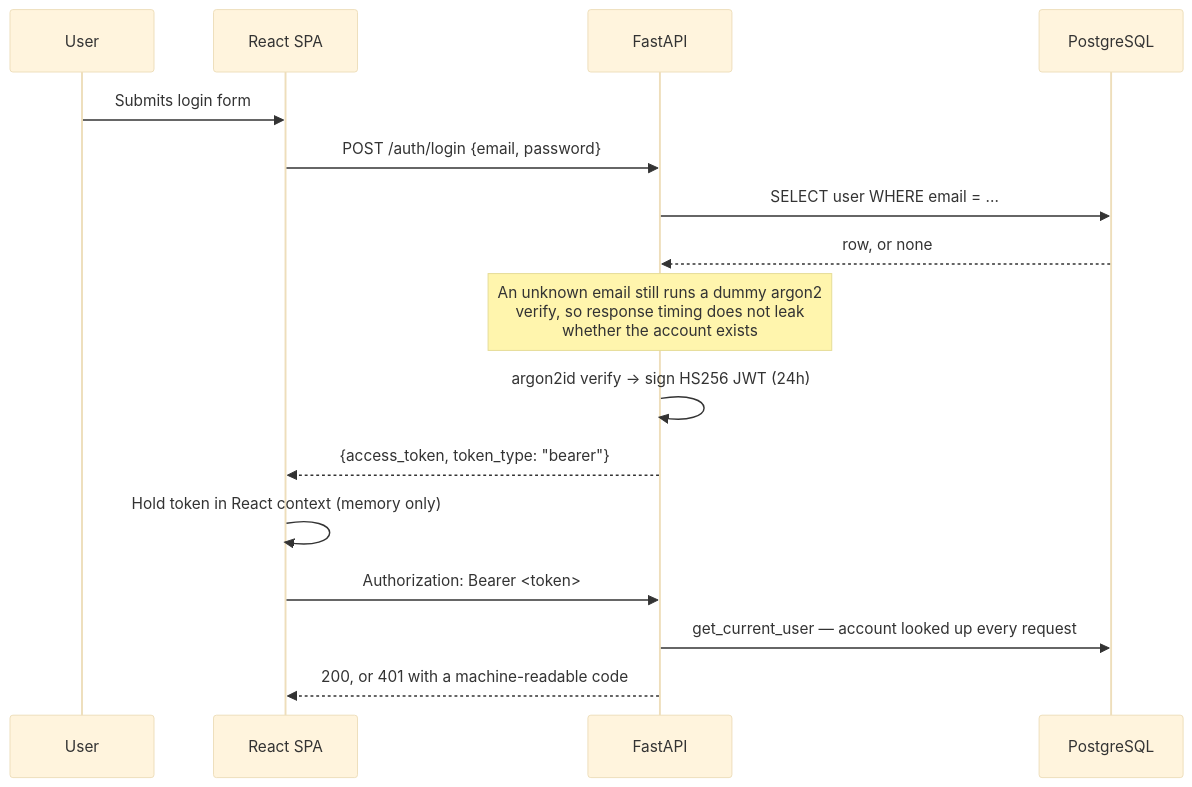
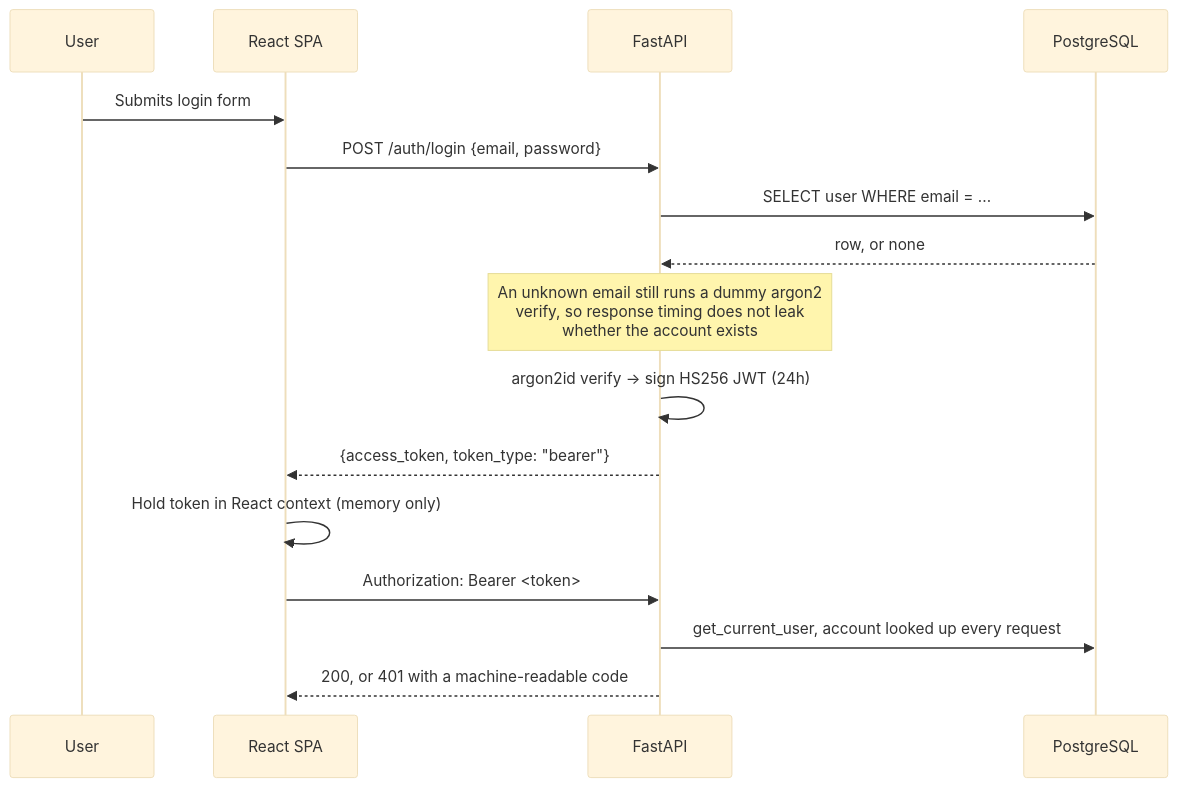
The fourth of 4 diagrams in README.md (abirislam910/DataBull), drawn with Mermaid (base theme) before and after one commit. The commit also changed other lines of this file, not shown here.

````diff
--- a/README.md
+++ b/README.md
@@ -142,20 +142,20 @@
 ```mermaid
 sequenceDiagram
     participant U as User
     participant FE as React SPA
     participant API as FastAPI
     participant DB as PostgreSQL
 
     U->>FE: Submits login form
     FE->>API: POST /auth/login {email, password}
     API->>DB: SELECT user WHERE email = ...
     DB-->>API: row, or none
     Note over API: An unknown email still runs a dummy argon2<br/>verify, so response timing does not leak<br/>whether the account exists
     API->>API: argon2id verify → sign HS256 JWT (24h)
     API-->>FE: {access_token, token_type: "bearer"}
     FE->>FE: Hold token in React context (memory only)
 
     FE->>API: Authorization: Bearer <token>
-    API->>DB: get_current_user — account looked up every request
+    API->>DB: get_current_user,  account looked up every request
     API-->>FE: 200, or 401 with a machine-readable code
 ```
````
